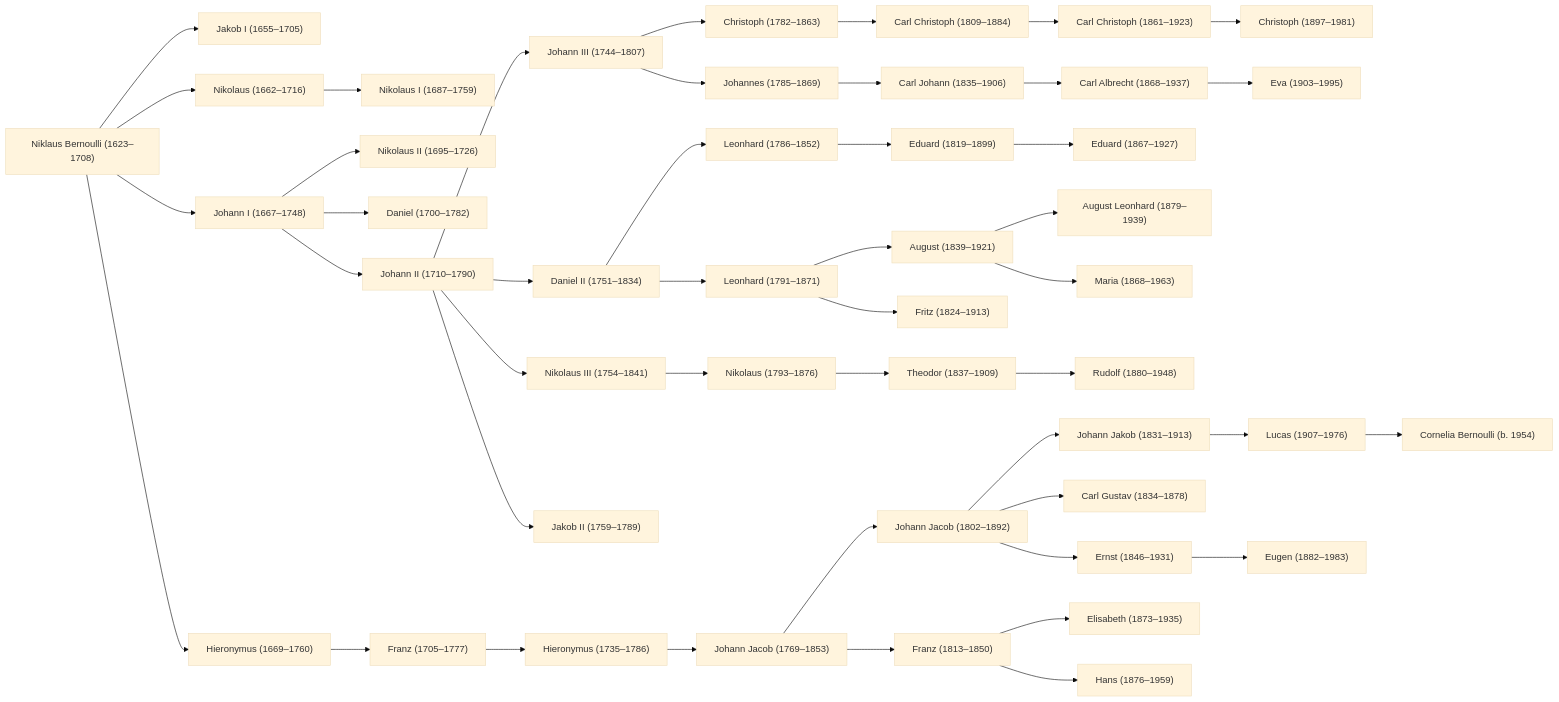
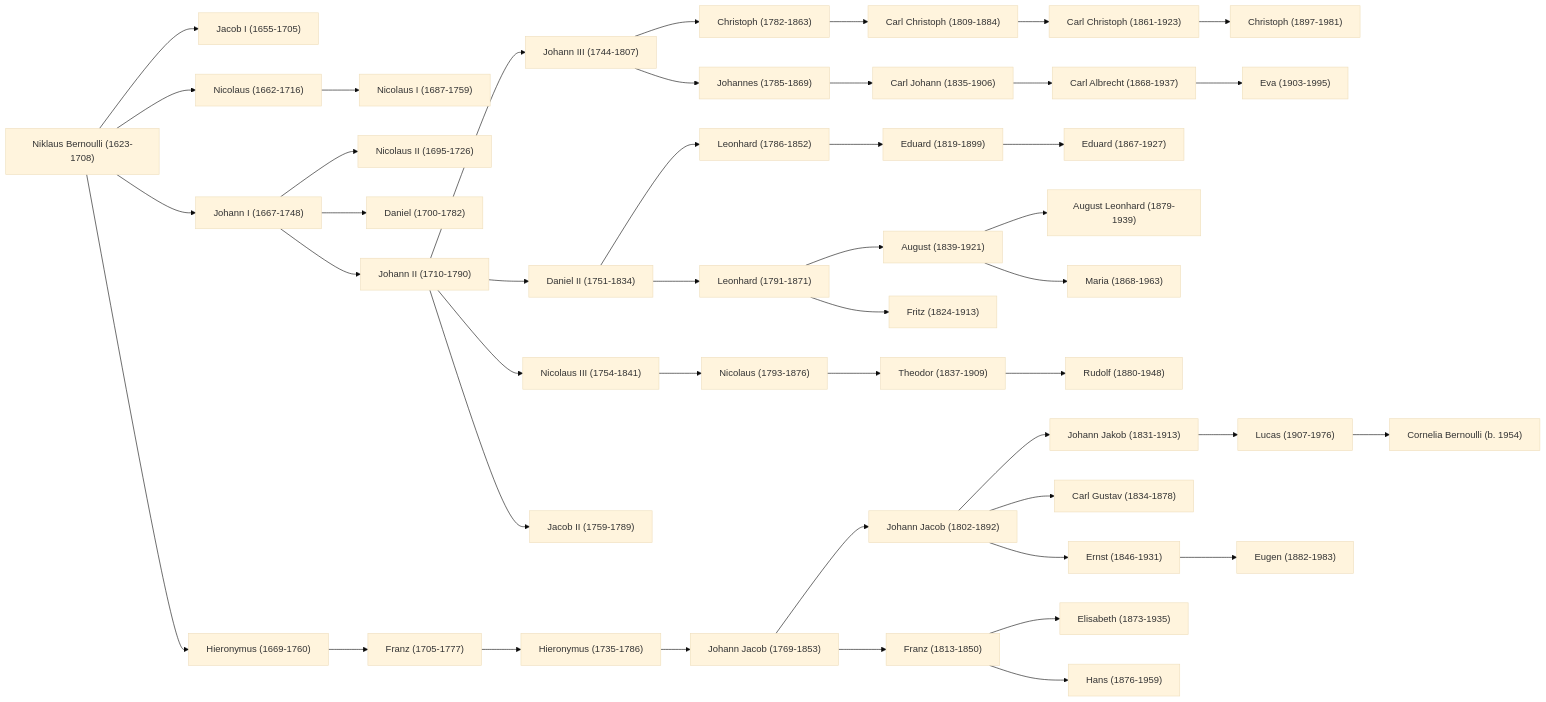
Before and after one commit to singlelektron/Calculus2proj2: the second of 2 diagrams in bernoulli.qmd, drawn with Mermaid (base theme). The commit also changed other lines of this file and 17 other files, not shown here.

````diff
--- a/bernoulli.qmd
+++ b/bernoulli.qmd
@@ -256,79 +339,79 @@
 ```{mermaid}
 graph LR
 
-N["Niklaus Bernoulli (1623–1708)"]
+N["Niklaus Bernoulli (1623-1708)"]
 
-N --> J1["Jakob I (1655–1705)"]
-N --> N1["Nikolaus (1662–1716)"]
-N --> Jo1["Johann I (1667–1748)"]
-N --> H1["Hieronymus (1669–1760)"]
+N --> J1["Jacob I (1655-1705)"]
+N --> N1["Nicolaus (1662-1716)"]
+N --> Jo1["Johann I (1667-1748)"]
+N --> H1["Hieronymus (1669-1760)"]
 
-N1 --> NI["Nikolaus I (1687–1759)"]
+N1 --> NI["Nicolaus I (1687-1759)"]
 
-Jo1 --> NII["Nikolaus II (1695–1726)"]
-Jo1 --> D1["Daniel (1700–1782)"]
-Jo1 --> J2["Johann II (1710–1790)"]
+Jo1 --> NII["Nicolaus II (1695-1726)"]
+Jo1 --> D1["Daniel (1700-1782)"]
+Jo1 --> J2["Johann II (1710-1790)"]
 
-H1 --> F1["Franz (1705–1777)"]
+H1 --> F1["Franz (1705-1777)"]
 
-J2 --> J3["Johann III (1744–1807)"]
-J2 --> D2["Daniel II (1751–1834)"]
-J2 --> N3["Nikolaus III (1754–1841)"]
-J2 --> Ja2["Jakob II (1759–1789)"]
+J2 --> J3["Johann III (1744-1807)"]
+J2 --> D2["Daniel II (1751-1834)"]
+J2 --> N3["Nicolaus III (1754-1841)"]
+J2 --> Ja2["Jacob II (1759-1789)"]
 
-F1 --> H2["Hieronymus (1735–1786)"]
+F1 --> H2["Hieronymus (1735-1786)"]
 
-J3 --> C1["Christoph (1782–1863)"]
-J3 --> Jos["Johannes (1785–1869)"]
+J3 --> C1["Christoph (1782-1863)"]
+J3 --> Jos["Johannes (1785-1869)"]
 
-D2 --> Leo1["Leonhard (1786–1852)"]
-D2 --> L2["Leonhard (1791–1871)"]
+D2 --> Leo1["Leonhard (1786-1852)"]
+D2 --> L2["Leonhard (1791-1871)"]
 
-N3 --> N4["Nikolaus (1793–1876)"]
+N3 --> N4["Nicolaus (1793-1876)"]
 
-H2 --> JJ1["Johann Jacob (1769–1853)"]
+H2 --> JJ1["Johann Jacob (1769-1853)"]
 
-C1 --> Car1["Carl Christoph (1809–1884)"]
+C1 --> Car1["Carl Christoph (1809-1884)"]
 
-Jos --> Kar1["Carl Johann (1835–1906)"]
+Jos --> Kar1["Carl Johann (1835-1906)"]
 
-Leo1 --> Edu1["Eduard (1819–1899)"]
+Leo1 --> Edu1["Eduard (1819-1899)"]
 
-L2 --> Aug1["August (1839–1921)"]
-L2 --> Fritz["Fritz (1824–1913)"]
+L2 --> Aug1["August (1839-1921)"]
+L2 --> Fritz["Fritz (1824-1913)"]
 
-N4 --> Theo["Theodor (1837–1909)"]
+N4 --> Theo["Theodor (1837-1909)"]
 
-JJ1 --> JJ2["Johann Jacob (1802–1892)"]
-JJ1 --> Franz2["Franz (1813–1850)"]
+JJ1 --> JJ2["Johann Jacob (1802-1892)"]
+JJ1 --> Franz2["Franz (1813-1850)"]
 
-Car1 --> CaC["Carl Christoph (1861–1923)"]
+Car1 --> CaC["Carl Christoph (1861-1923)"]
 
-Kar1 --> CaA["Carl Albrecht (1868–1937)"]
+Kar1 --> CaA["Carl Albrecht (1868-1937)"]
 
-Edu1 --> Edu2["Eduard (1867–1927)"]
+Edu1 --> Edu2["Eduard (1867-1927)"]
 
-Aug1 --> AL["August Leonhard (1879–1939)"]
-Aug1 --> Maria["Maria (1868–1963)"]
+Aug1 --> AL["August Leonhard (1879-1939)"]
+Aug1 --> Maria["Maria (1868-1963)"]
 
-Theo --> Rud["Rudolf (1880–1948)"]
+Theo --> Rud["Rudolf (1880-1948)"]
 
-JJ2 --> JJ3["Johann Jakob (1831–1913)"]
-JJ2 --> CaG["Carl Gustav (1834–1878)"]
-JJ2 --> Ernst["Ernst (1846–1931)"]
+JJ2 --> JJ3["Johann Jakob (1831-1913)"]
+JJ2 --> CaG["Carl Gustav (1834-1878)"]
+JJ2 --> Ernst["Ernst (1846-1931)"]
 
-Franz2 --> Eli["Elisabeth (1873–1935)"]
-Franz2 --> Hans["Hans (1876–1959)"]
+Franz2 --> Eli["Elisabeth (1873-1935)"]
+Franz2 --> Hans["Hans (1876-1959)"]
 
-CaC --> Christoph["Christoph (1897–1981)"]
-CaA --> Eva["Eva (1903–1995)"]
-JJ3 --> Lucas["Lucas (1907–1976)"]
-Ernst --> Eugen["Eugen (1882–1983)"]
+CaC --> Christoph["Christoph (1897-1981)"]
+CaA --> Eva["Eva (1903-1995)"]
+JJ3 --> Lucas["Lucas (1907-1976)"]
+Ernst --> Eugen["Eugen (1882-1983)"]
 
 Lucas --> Cornelia["Cornelia Bernoulli (b. 1954)"]
 
-click J1 "#jacob-bernoulli-1654-1705" "Jacob Bernoulli"
+click J1 "#jacob-bernoulli-1655-1705" "Jacob Bernoulli"
 click Jo1 "#johann-bernoulli-1667-1748" "Johann Bernoulli"
 click NI "#nicolaus-i-bernoulli-1687-1759" "Nicolaus I Bernoulli"
 click D1 "#daniel-bernoulli-1700-1782" "Daniel Bernoulli"
 ```
````
